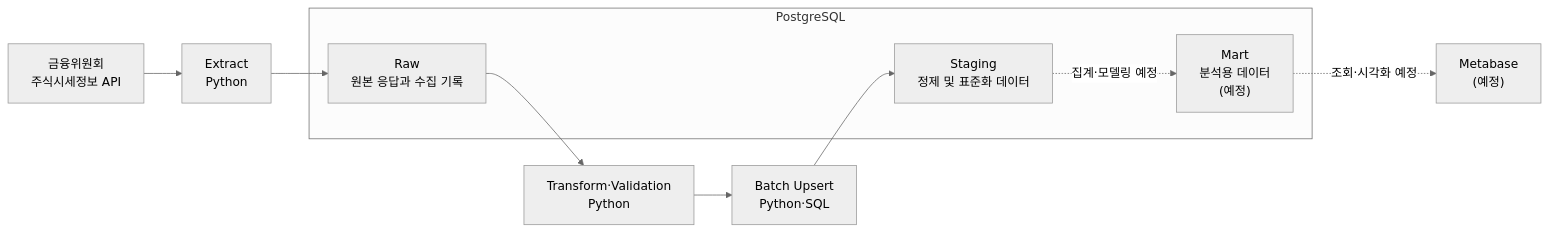
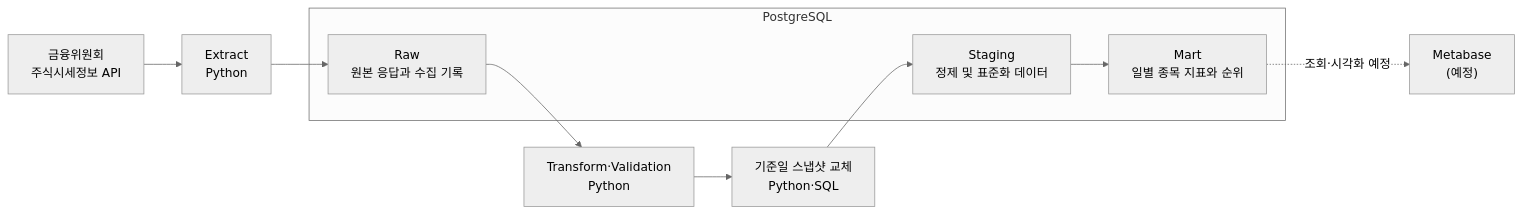
Before and after one commit to bang0930/etl-pipeline-project: the diagram in README.md, drawn with Mermaid (neutral theme). The commit also changed other lines of this file and 2 other files, not shown here.

````diff
--- a/README.md
+++ b/README.md
@@ -72,23 +73,23 @@
 ```mermaid
 flowchart LR
     SOURCE["금융위원회<br/>주식시세정보 API"]
     EXTRACT["Extract<br/>Python"]
 
     subgraph POSTGRES["PostgreSQL"]
         RAW["Raw<br/>원본 응답과 수집 기록"]
         STAGING["Staging<br/>정제 및 표준화 데이터"]
-        MART["Mart<br/>분석용 데이터<br/>(예정)"]
+        MART["Mart<br/>일별 종목 지표와 순위"]
     end
 
     TRANSFORM["Transform·Validation<br/>Python"]
-    LOAD["Batch Upsert<br/>Python·SQL"]
+    LOAD["기준일 스냅샷 교체<br/>Python·SQL"]
     METABASE["Metabase<br/>(예정)"]
 
     SOURCE --> EXTRACT
     EXTRACT --> RAW
     RAW --> TRANSFORM
     TRANSFORM --> LOAD
     LOAD --> STAGING
-    STAGING -. "집계·모델링 예정" .-> MART
+    STAGING --> MART
     MART -. "조회·시각화 예정" .-> METABASE
 ```
````
